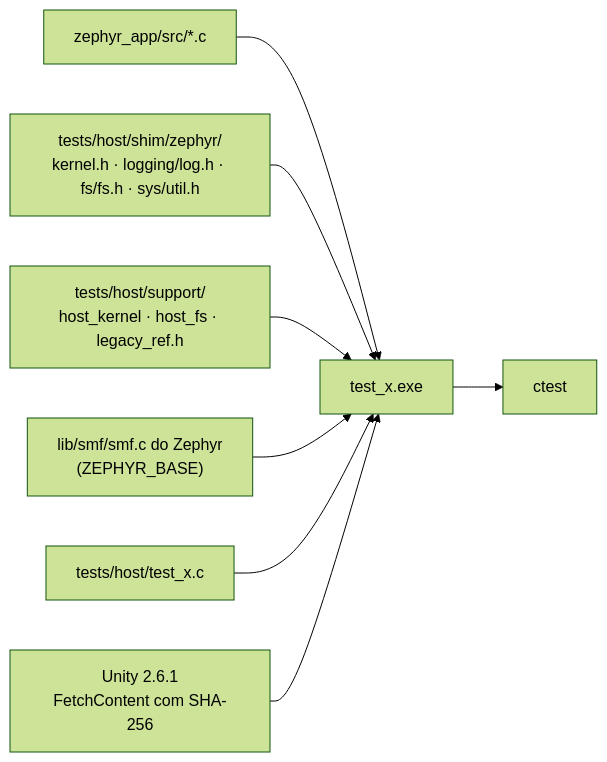
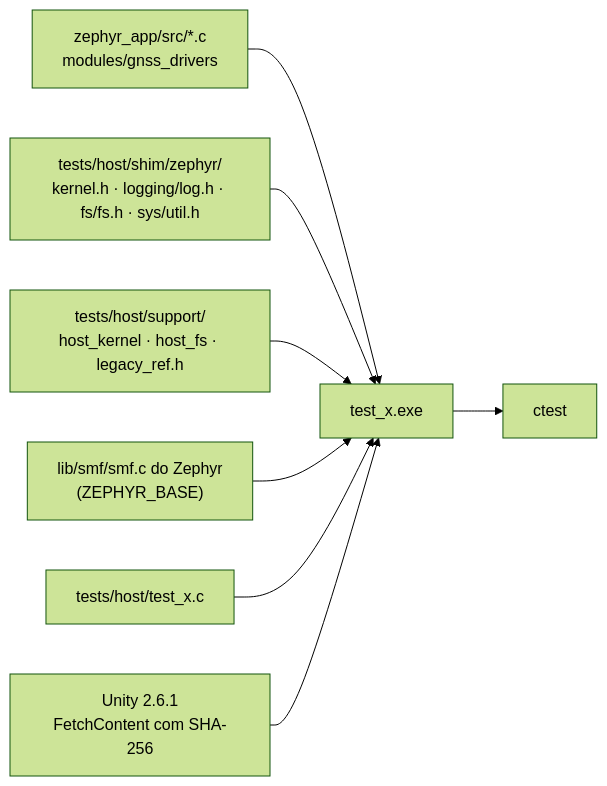
The diagram in docs/12-ferramentas-testes.md (Guiimartinho/gnss-bike-computer), drawn with Mermaid (forest theme) before and after one commit. The commit also changed other lines of this file and 47 other files, not shown here.

````diff
--- a/docs/12-ferramentas-testes.md
+++ b/docs/12-ferramentas-testes.md
@@ -39,10 +41,10 @@
 ```mermaid
 flowchart LR
-    SRC["zephyr_app/src/*.c"] --> EXE["test_x.exe"]
+    SRC["zephyr_app/src/*.c<br/>modules/gnss_drivers"] --> EXE["test_x.exe"]
     SHIM["tests/host/shim/zephyr/<br/>kernel.h · logging/log.h · fs/fs.h · sys/util.h"] --> EXE
     SUP["tests/host/support/<br/>host_kernel · host_fs · legacy_ref.h"] --> EXE
     ZEP["lib/smf/smf.c do Zephyr<br/>(ZEPHYR_BASE)"] --> EXE
     T["tests/host/test_x.c"] --> EXE
     UNITY["Unity 2.6.1<br/>FetchContent com SHA-256"] --> EXE
     EXE --> CT["ctest"]
 ```
````
